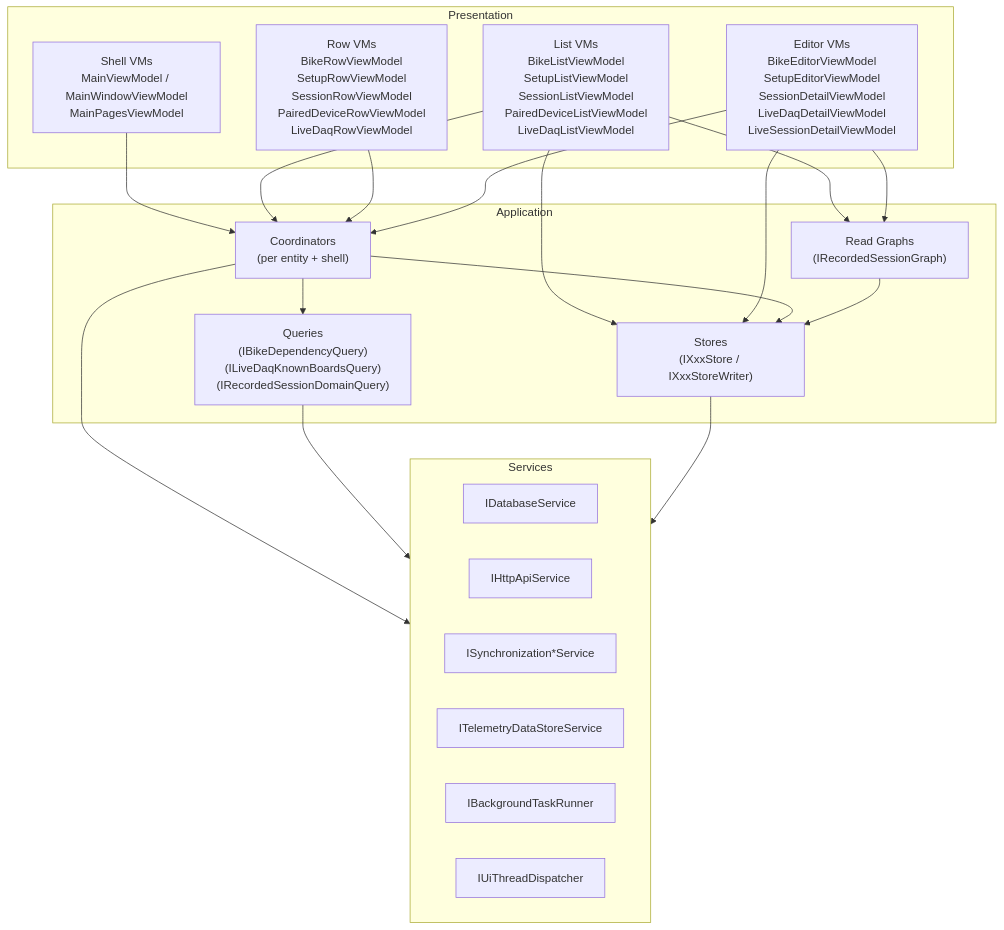
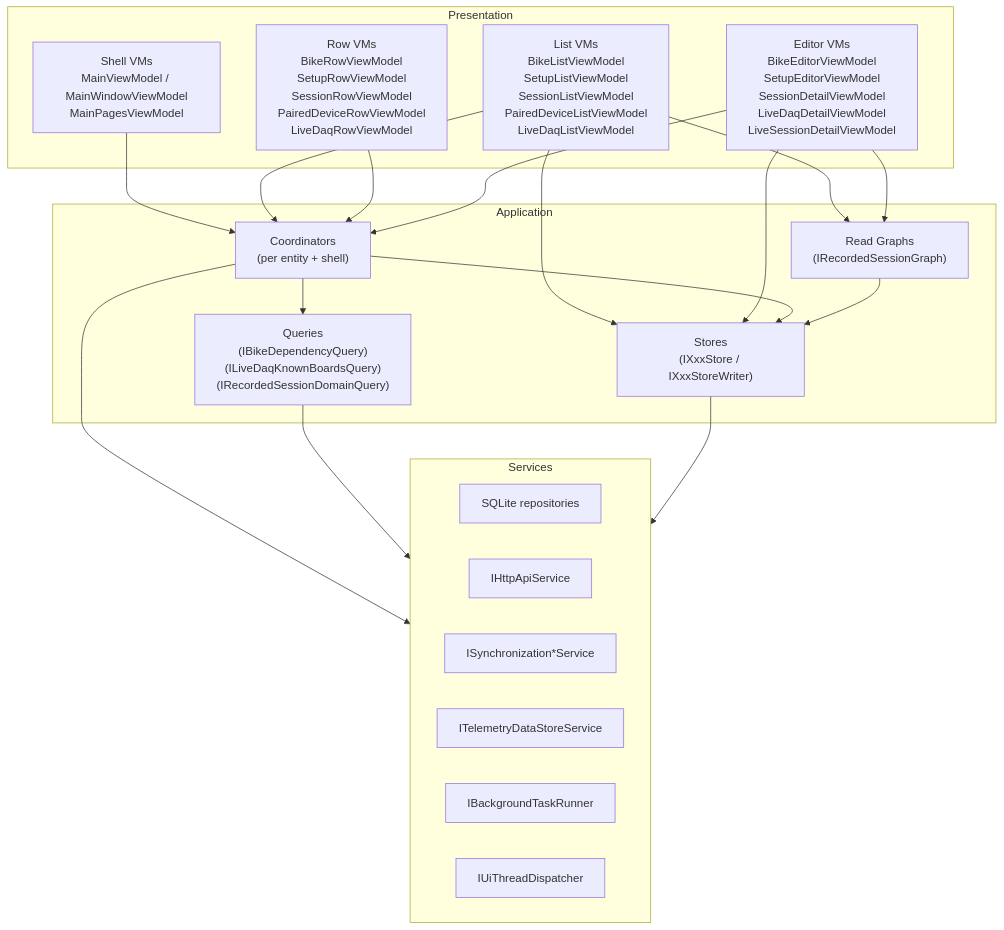
Before and after one commit to MoridinBG/Sufni.app: the diagram in docs/architecture/ui.md, drawn with Mermaid. The commit also changed 8 other files, not shown here.

Commit message:
Update persistence architecture docs

````diff
--- a/docs/architecture/ui.md
+++ b/docs/architecture/ui.md
@@ -40,40 +40,40 @@
 ```mermaid
 graph TB
     subgraph Presentation["Presentation"]
         Shell["Shell VMs<br/>MainViewModel / MainWindowViewModel<br/>MainPagesViewModel"]
         Lists["List VMs<br/>BikeListViewModel<br/>SetupListViewModel<br/>SessionListViewModel<br/>PairedDeviceListViewModel<br/>LiveDaqListViewModel"]
         Rows["Row VMs<br/>BikeRowViewModel<br/>SetupRowViewModel<br/>SessionRowViewModel<br/>PairedDeviceRowViewModel<br/>LiveDaqRowViewModel"]
         Editors["Editor VMs<br/>BikeEditorViewModel<br/>SetupEditorViewModel<br/>SessionDetailViewModel<br/>LiveDaqDetailViewModel<br/>LiveSessionDetailViewModel"]
     end
 
     subgraph Application["Application"]
         Coords["Coordinators<br/>(per entity + shell)"]
         Stores["Stores<br/>(IXxxStore / IXxxStoreWriter)"]
         Graphs["Read Graphs<br/>(IRecordedSessionGraph)"]
         Queries["Queries<br/>(IBikeDependencyQuery)<br/>(ILiveDaqKnownBoardsQuery)<br/>(IRecordedSessionDomainQuery)"]
     end
 
     subgraph Services["Services"]
-        DBSvc["IDatabaseService"]
+        DBSvc["SQLite repositories"]
         HttpSvc["IHttpApiService"]
         SyncSvc["ISynchronization*Service"]
         DSSSvc["ITelemetryDataStoreService"]
         BgSvc["IBackgroundTaskRunner"]
         UiSvc["IUiThreadDispatcher"]
     end
 
     Shell --> Coords
     Lists --> Stores
     Lists --> Graphs
     Lists --> Coords
     Rows --> Coords
     Editors --> Coords
     Editors --> Stores
     Editors --> Graphs
     Coords --> Stores
     Coords --> Queries
     Coords --> Services
     Graphs --> Stores
     Queries --> Services
     Stores --> Services
 ```
````
